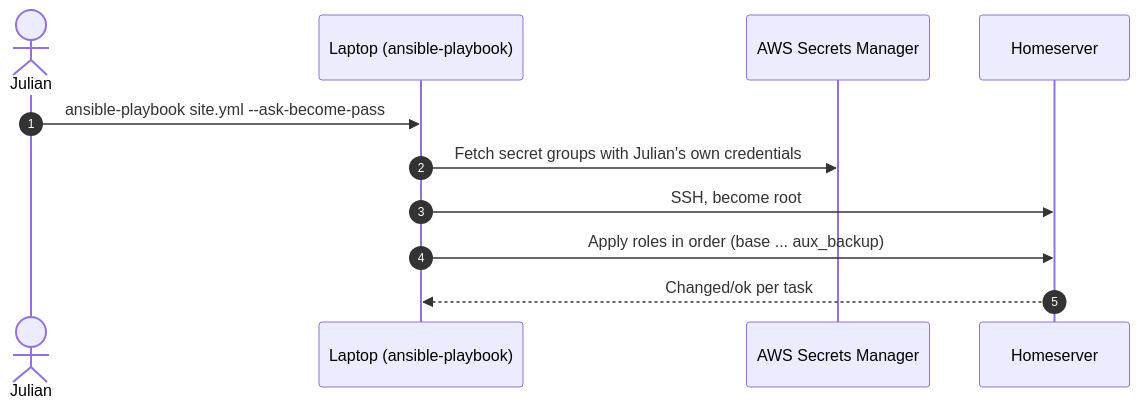
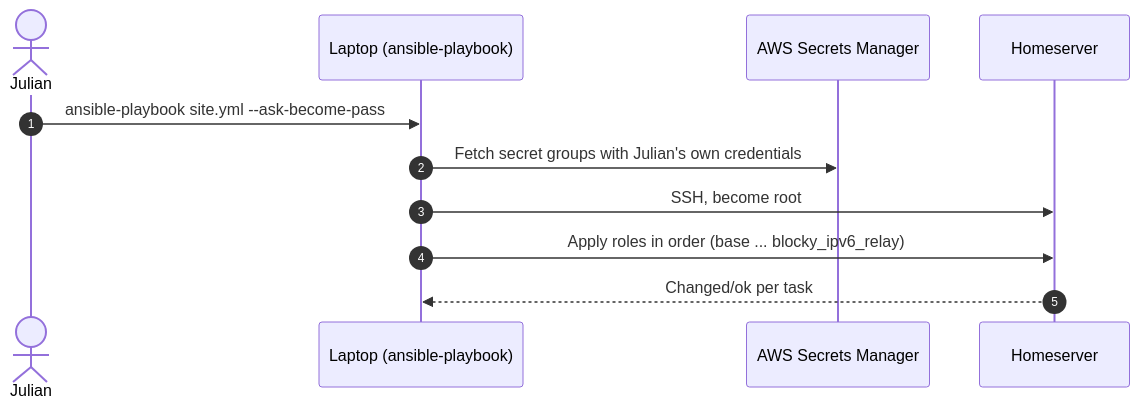
Before and after one commit to KandlerLi/home-infra-docs: the second of 2 diagrams in docs/architecture/current/dynamic-ansible.md, drawn with Mermaid. The commit also changed 35 other files, not shown here.

````diff
--- a/docs/architecture/current/dynamic-ansible.md
+++ b/docs/architecture/current/dynamic-ansible.md
@@ -32,14 +32,14 @@
 ```mermaid
 sequenceDiagram
     autonumber
     actor J as Julian
     participant L as Laptop (ansible-playbook)
     participant A as AWS Secrets Manager
     participant H as Homeserver
 
     J->>L: ansible-playbook site.yml --ask-become-pass
     L->>A: Fetch secret groups with Julian's own credentials
     L->>H: SSH, become root
-    L->>H: Apply roles in order (base ... aux_backup)
+    L->>H: Apply roles in order (base ... blocky_ipv6_relay)
     H-->>L: Changed/ok per task
 ```
````
